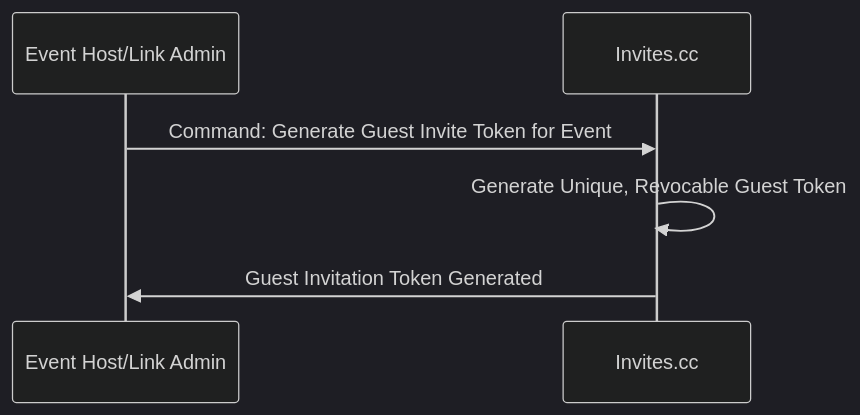
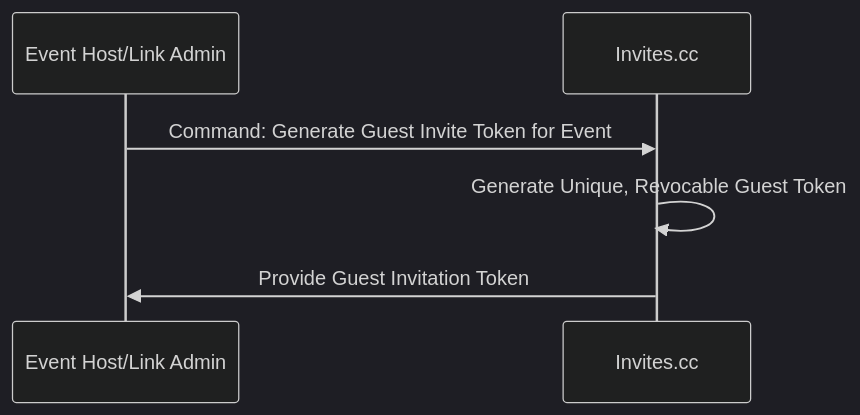
Before and after one commit to ichilabs/invites.cc: the eighth of 13 diagrams in docs/design-doc.md, drawn with Mermaid (dark theme). The commit also changed other lines of this file, not shown here.

````diff
--- a/docs/design-doc.md
+++ b/docs/design-doc.md
@@ -124,9 +275,9 @@
 ```mermaid
 sequenceDiagram
     participant Host as Event Host/Link Admin
     participant Invites as Invites.cc
     
     Host ->> Invites: Command: Generate Guest Invite Token for Event
     Invites ->> Invites: Generate Unique, Revocable Guest Token
-    Invites ->> Host: Guest Invitation Token Generated
+    Invites ->> Host: Provide Guest Invitation Token
 ```
````
